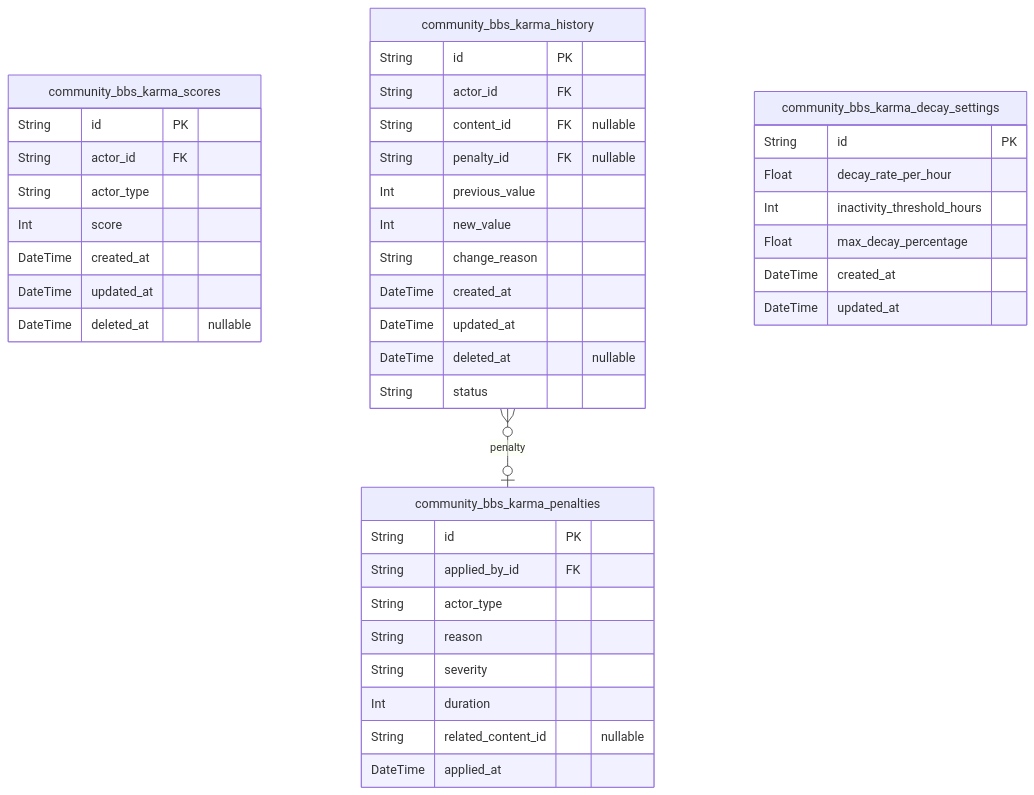
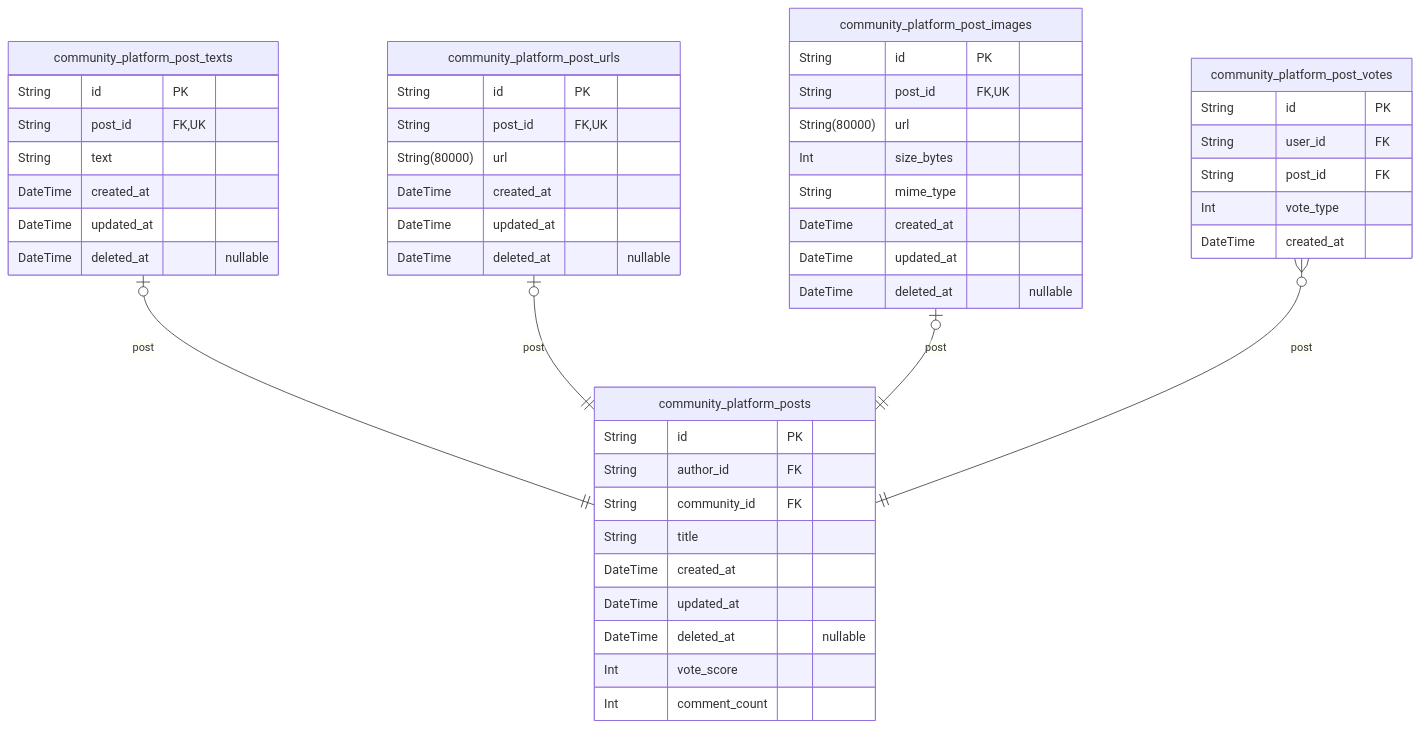
Before and after one commit to wrtnlabs/autobe-examples: the third of 5 diagrams in qwen/qwen3-next-80b-a3b-instruct/reddit/docs/ERD.md, drawn with Mermaid. The commit also changed other lines of this file and 9391 other files, not shown here.

````diff
--- a/qwen/qwen3-next-80b-a3b-instruct/reddit/docs/ERD.md
+++ b/qwen/qwen3-next-80b-a3b-instruct/reddit/docs/ERD.md
@@ -1538,44 +885,51 @@
 ```mermaid
 erDiagram
-"community_bbs_karma_scores" {
+"community_platform_posts" {
   String id PK
-  String actor_id FK
-  String actor_type
-  Int score
+  String author_id FK
+  String community_id FK
+  String title
+  DateTime created_at
+  DateTime updated_at
+  DateTime deleted_at "nullable"
+  Int vote_score
+  Int comment_count
+}
+"community_platform_post_texts" {
+  String id PK
+  String post_id FK,UK
+  String text
   DateTime created_at
   DateTime updated_at
   DateTime deleted_at "nullable"
 }
-"community_bbs_karma_history" {
+"community_platform_post_urls" {
   String id PK
-  String actor_id FK
-  String content_id FK "nullable"
-  String penalty_id FK "nullable"
-  Int previous_value
-  Int new_value
-  String change_reason
+  String post_id FK,UK
+  String(80000) url
   DateTime created_at
   DateTime updated_at
   DateTime deleted_at "nullable"
-  String status
 }
-"community_bbs_karma_penalties" {
+"community_platform_post_images" {
   String id PK
-  String applied_by_id FK
-  String actor_type
-  String reason
-  String severity
-  Int duration
-  String related_content_id "nullable"
-  DateTime applied_at
-}
-"community_bbs_karma_decay_settings" {
-  String id PK
-  Float decay_rate_per_hour
-  Int inactivity_threshold_hours
-  Float max_decay_percentage
+  String post_id FK,UK
+  String(80000) url
+  Int size_bytes
+  String mime_type
   DateTime created_at
   DateTime updated_at
+  DateTime deleted_at "nullable"
 }
-"community_bbs_karma_history" }o--o| "community_bbs_karma_penalties" : penalty
+"community_platform_post_votes" {
+  String id PK
+  String user_id FK
+  String post_id FK
+  Int vote_type
+  DateTime created_at
+}
+"community_platform_post_texts" |o--|| "community_platform_posts" : post
+"community_platform_post_urls" |o--|| "community_platform_posts" : post
+"community_platform_post_images" |o--|| "community_platform_posts" : post
+"community_platform_post_votes" }o--|| "community_platform_posts" : post
 ```
````
